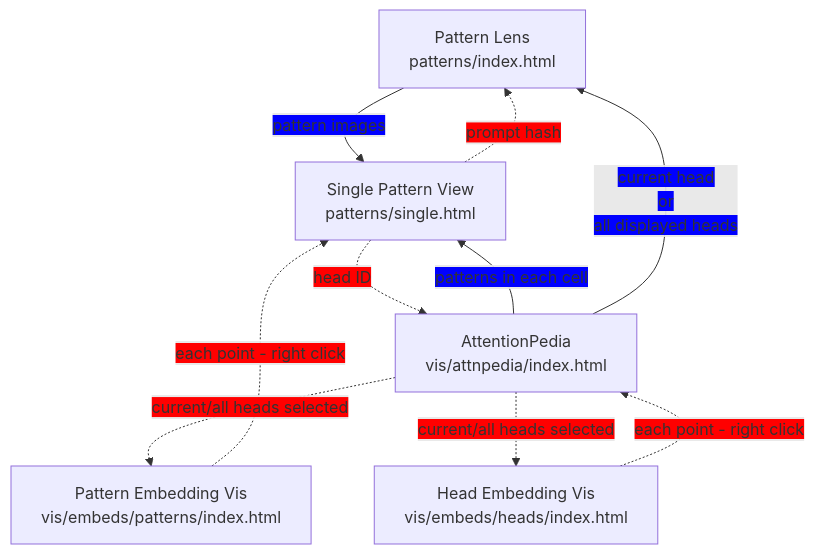
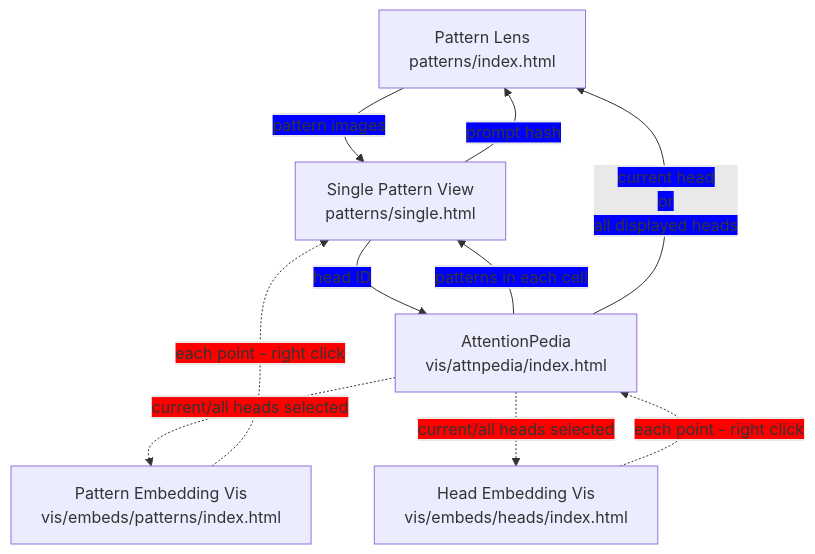
The diagram in TODO.md (mivanit/attention-motifs), drawn with Mermaid before and after one commit. The commit also changed other lines of this file and 1 other file, not shown here.

Commit message:
edges out of single pattern view done!

````diff
--- a/TODO.md
+++ b/TODO.md
@@ -50,21 +50,21 @@
 ```mermaid
 flowchart TD
     PL[Pattern Lens<br/>patterns/index.html] 
     SPV[Single Pattern View<br/>patterns/single.html]
     AP[AttentionPedia<br/>vis/attnpedia/index.html]
     PEV[Pattern Embedding Vis<br/>vis/embeds/patterns/index.html]
     HEV[Head Embedding Vis<br/>vis/embeds/heads/index.html]
 
     %% Existing connections (solid lines)
     PL -->|<span style='background-color: blue'>pattern images</span>| SPV
     AP -->|<span style='background-color: blue'>patterns in each cell</span>| SPV
     AP -->|<span style='background-color: blue'>current head <br/>or<br/> all displayed heads</span>| PL
+    SPV -->|<span style='background-color: blue'>prompt hash</span>| PL
+    SPV -->|<span style='background-color: blue'>head ID</span>| AP
 
     %% Missing connections (dashed lines)
-    SPV -.->|<span style='background-color: red'>prompt hash</span>| PL
-    SPV -.->|<span style='background-color: red'>head ID</span>| AP
     AP -.->|<span style='background-color: red'>current/all heads selected</span>| PEV
     AP -.->|<span style='background-color: red'>current/all heads selected</span>| HEV
     PEV -.->|<span style='background-color: red'>each point - right click</span>| SPV
     HEV -.->|<span style='background-color: red'>each point - right click</span>| AP
 ```
````
